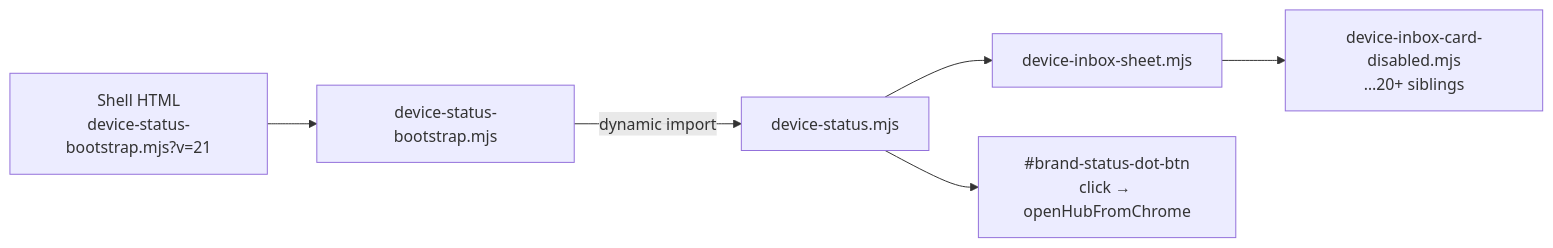
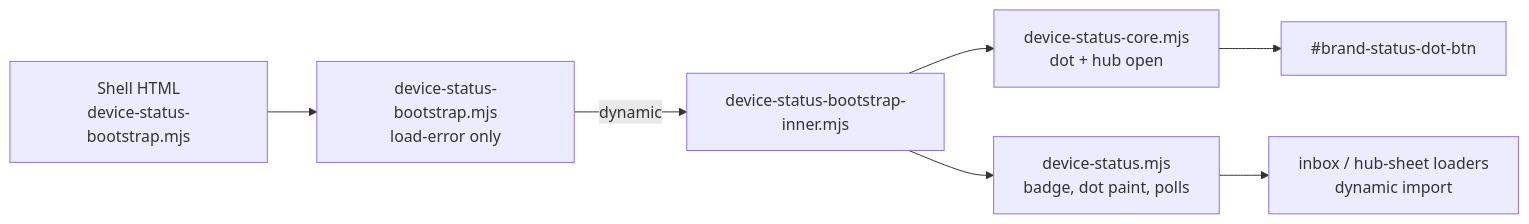
Before and after one commit to h6811127/humanity.llc: the diagram in docs/STATUS_DOT_LOAD_FAILURE_POSTMORTEM.md, drawn with Mermaid. The commit also changed other lines of this file and 22 other files, not shown here.

First line of the commit message:
Lazy-load hub sheet reconcile to shrink device-status static graph (P2 Step 4).

````diff
--- a/docs/STATUS_DOT_LOAD_FAILURE_POSTMORTEM.md
+++ b/docs/STATUS_DOT_LOAD_FAILURE_POSTMORTEM.md
@@ -98,15 +100,17 @@
 ```mermaid
 flowchart LR
-  HTML["Shell HTML<br/>device-status-bootstrap.mjs?v=21"]
-  BOOT["device-status-bootstrap.mjs"]
-  STATUS["device-status.mjs"]
-  INBOX["device-inbox-sheet.mjs"]
-  CORE["device-inbox-card-disabled.mjs<br/>…20+ siblings"]
-  DOT["#brand-status-dot-btn<br/>click → openHubFromChrome"]
+  HTML["Shell HTML<br/>device-status-bootstrap.mjs"]
+  BOOT["device-status-bootstrap.mjs<br/>load-error only"]
+  INNER["device-status-bootstrap-inner.mjs"]
+  CORE["device-status-core.mjs<br/>dot + hub open"]
+  STATUS["device-status.mjs<br/>badge, dot paint, polls"]
+  LOADERS["inbox / hub-sheet loaders<br/>dynamic import"]
+  DOT["#brand-status-dot-btn"]
 
   HTML --> BOOT
-  BOOT -->|dynamic import| STATUS
-  STATUS --> INBOX
-  INBOX --> CORE
-  STATUS --> DOT
+  BOOT -->|dynamic| INNER
+  INNER --> CORE
+  INNER --> STATUS
+  STATUS --> LOADERS
+  CORE --> DOT
 ```
````
